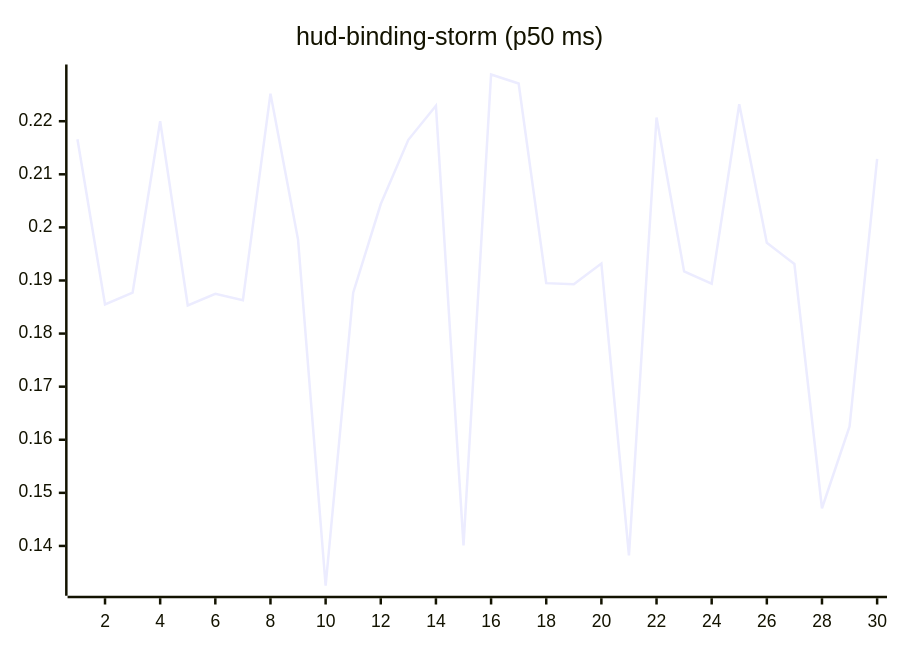
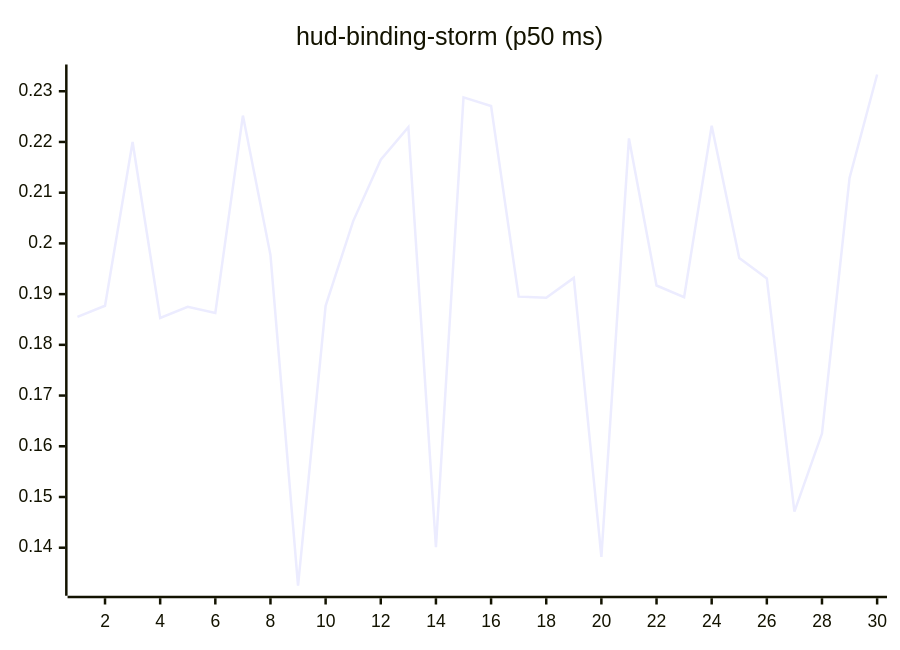
Before and after one commit to josha/Facet: the tenth of 27 diagrams in README.md, drawn with Mermaid. The commit also changed other lines of this file and 2 other files, not shown here.

````diff
--- a/README.md
+++ b/README.md
@@ -126,6 +126,6 @@
 ```mermaid
 xychart-beta
     title "hud-binding-storm (p50 ms)"
     x-axis 1 --> 30
-    line [0.2166, 0.1855, 0.1877, 0.2200, 0.1853, 0.1875, 0.1863, 0.2252, 0.1977, 0.1325, 0.1877, 0.2044, 0.2165, 0.2229, 0.1401, 0.2288, 0.2271, 0.1895, 0.1893, 0.1932, 0.1382, 0.2207, 0.1917, 0.1894, 0.2232, 0.1971, 0.1931, 0.1471, 0.1625, 0.2129]
+    line [0.1855, 0.1877, 0.2200, 0.1853, 0.1875, 0.1863, 0.2252, 0.1977, 0.1325, 0.1877, 0.2044, 0.2165, 0.2229, 0.1401, 0.2288, 0.2271, 0.1895, 0.1893, 0.1932, 0.1382, 0.2207, 0.1917, 0.1894, 0.2232, 0.1971, 0.1931, 0.1471, 0.1625, 0.2129, 0.2333]
 ```
````
